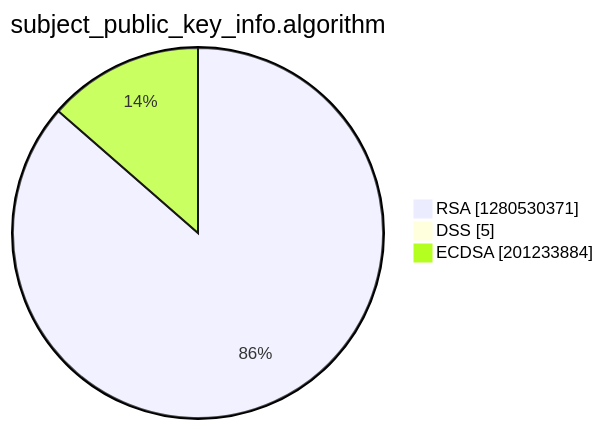
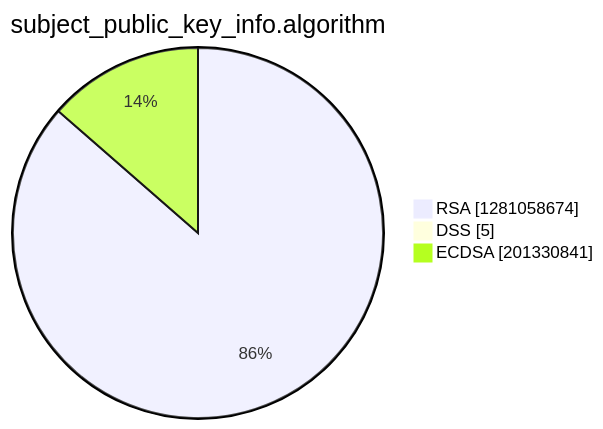
Before and after one commit to christiankrug/ctmonitor_visualization: the third of 15 diagrams in argon2022/README.md, drawn with Mermaid. The commit also changed other lines of this file, not shown here.

````diff
--- a/argon2022/README.md
+++ b/argon2022/README.md
@@ -14,7 +14,7 @@
 ```mermaid
 pie showData
 title subject_public_key_info.algorithm
-"RSA" :1280530371
+"RSA" :1281058674
 "DSS" :5
-"ECDSA" :201233884
+"ECDSA" :201330841
 ```
````
